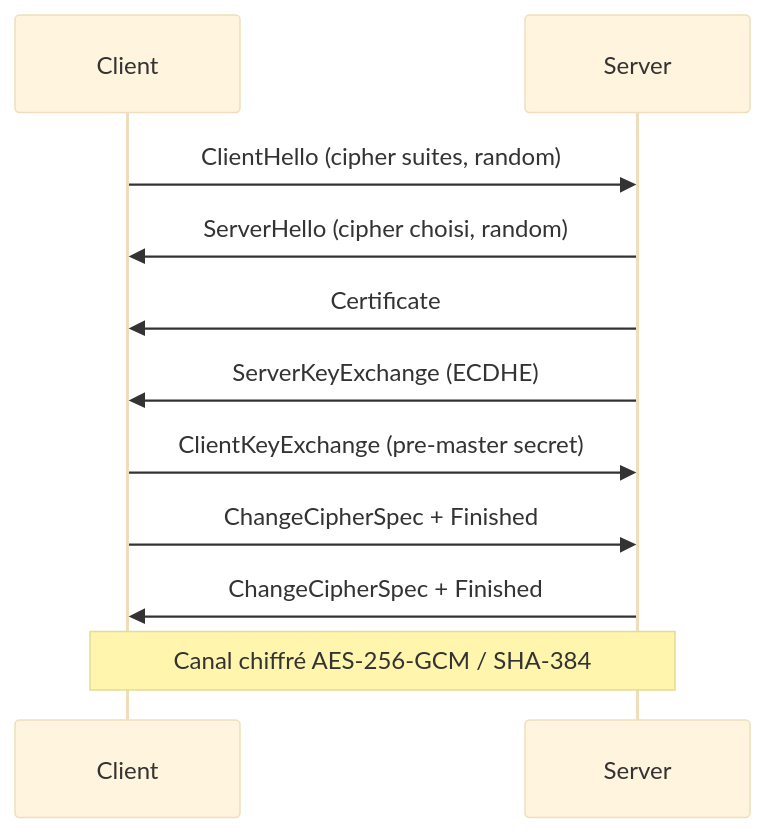
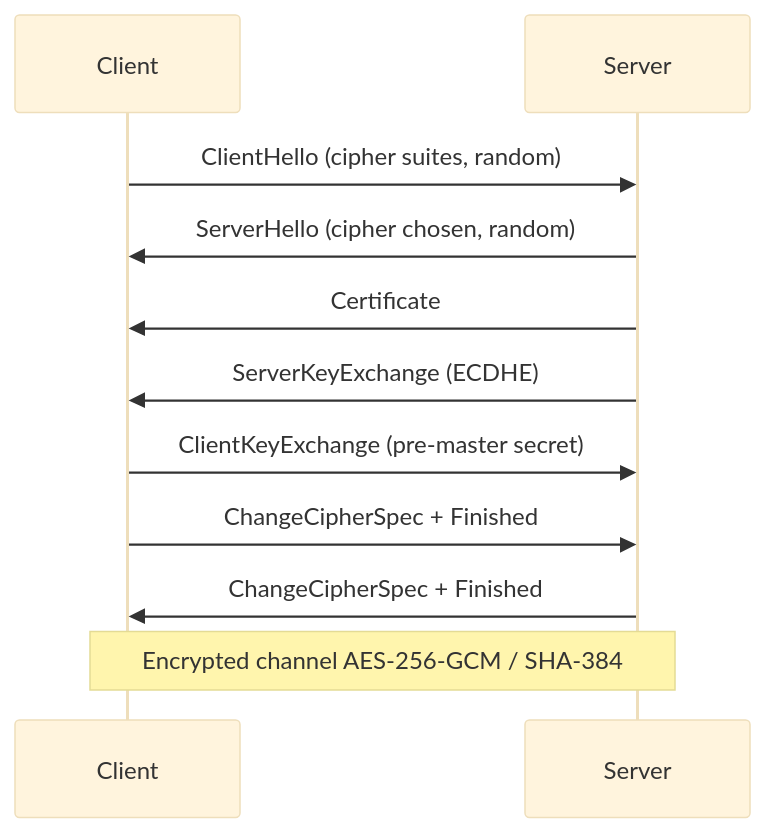
The fourth of 6 diagrams in README.md (Giremuu/iia_techno-distrib), drawn with Mermaid (base theme) before and after one commit. The commit also changed other lines of this file, not shown here.

````diff
--- a/README.md
+++ b/README.md
@@ -94,13 +94,13 @@
 ```mermaid
 sequenceDiagram
     participant C as Client
     participant S as Server
     C->>S: ClientHello (cipher suites, random)
-    S->>C: ServerHello (cipher choisi, random)
+    S->>C: ServerHello (cipher chosen, random)
     S->>C: Certificate
     S->>C: ServerKeyExchange (ECDHE)
     C->>S: ClientKeyExchange (pre-master secret)
     C->>S: ChangeCipherSpec + Finished
     S->>C: ChangeCipherSpec + Finished
-    note over C,S: Canal chiffré AES-256-GCM / SHA-384
+    note over C,S: Encrypted channel AES-256-GCM / SHA-384
 ```
````
